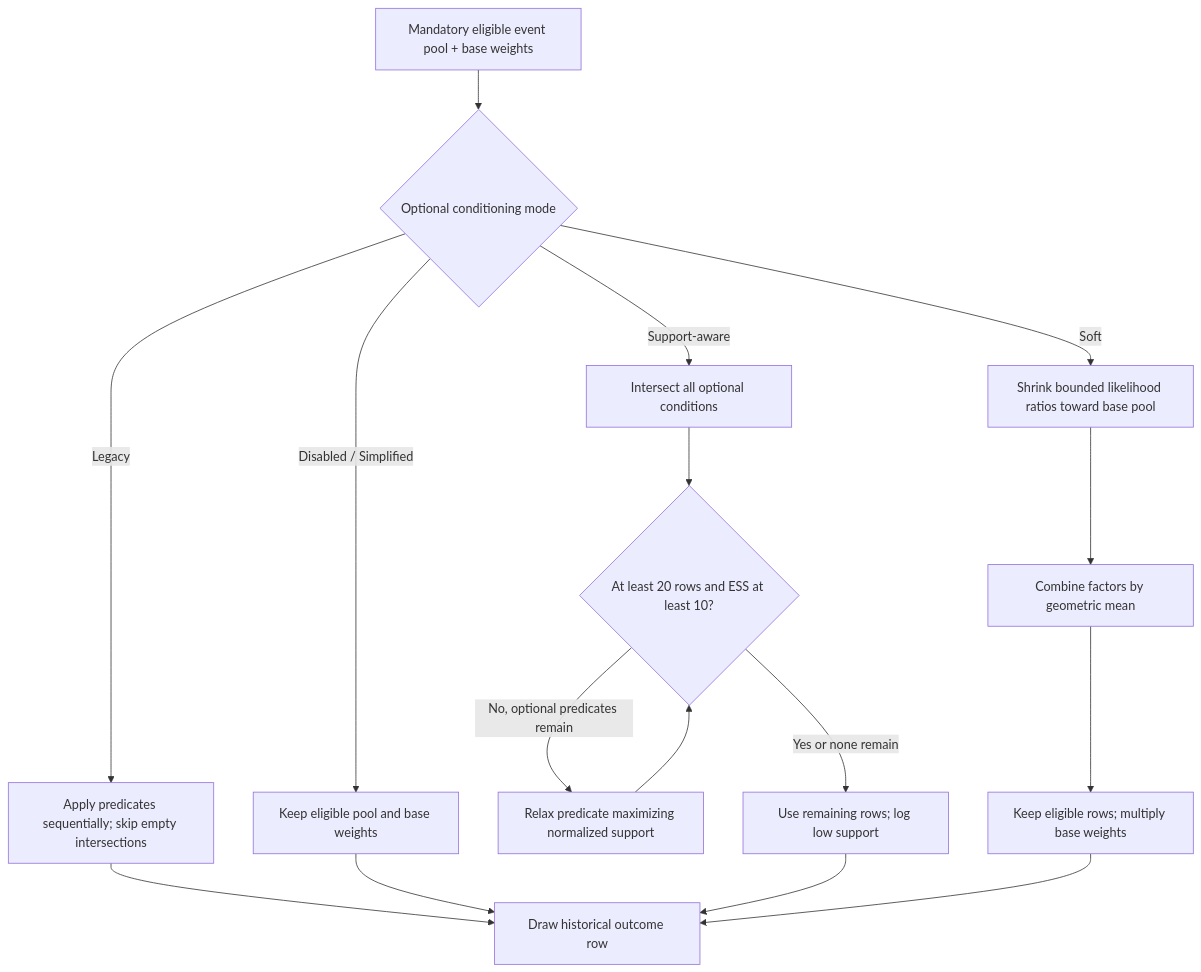
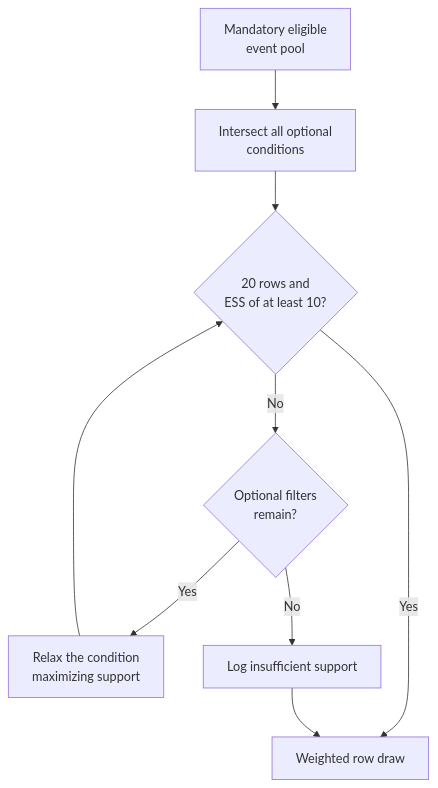
One commit to micahp/legendarypicks changed the third of 4 diagrams in docs/model-cards/nfl/slc-v2-simplified.md. Above: the diagram before and after it, drawn with Mermaid. The commit also changed other lines of this file and 12 other files, not shown here.

Commit message:
docs: wrap diagram labels and add editable SVG schematics

````diff
--- a/docs/model-cards/nfl/slc-v2-simplified.md
+++ b/docs/model-cards/nfl/slc-v2-simplified.md
@@ -9,18 +34,11 @@
 ```mermaid
 flowchart TD
-  A["Mandatory eligible event pool + base weights"] --> B{"Optional conditioning mode"}
-  B -->|Legacy| L["Apply predicates sequentially; skip empty intersections"]
-  B -->|Disabled / Simplified| D["Keep eligible pool and base weights"]
-  B -->|Support-aware| S["Intersect all optional conditions"]
-  S --> T{"At least 20 rows and ESS at least 10?"}
-  T -->|No, optional predicates remain| R["Relax predicate maximizing normalized support"]
-  R --> T
-  T -->|Yes or none remain| W["Use remaining rows; log low support"]
-  B -->|Soft| X["Shrink bounded likelihood ratios toward base pool"]
-  X --> Y["Combine factors by geometric mean"]
-  Y --> Z["Keep eligible rows; multiply base weights"]
-  L --> O["Draw historical outcome row"]
-  D --> O
-  W --> O
-  Z --> O
+ A["Mandatory eligible<br/>event pool"] --> B["Intersect all optional<br/>conditions"]
+ B --> C{"20 rows and<br/>ESS of at least 10?"}
+ C -->|Yes| D["Weighted row draw"]
+ C -->|No| E{"Optional filters<br/>remain?"}
+ E -->|Yes| F["Relax the condition<br/>maximizing support"]
+ F --> C
+ E -->|No| G["Log insufficient support"]
+ G --> D
 ```
````
